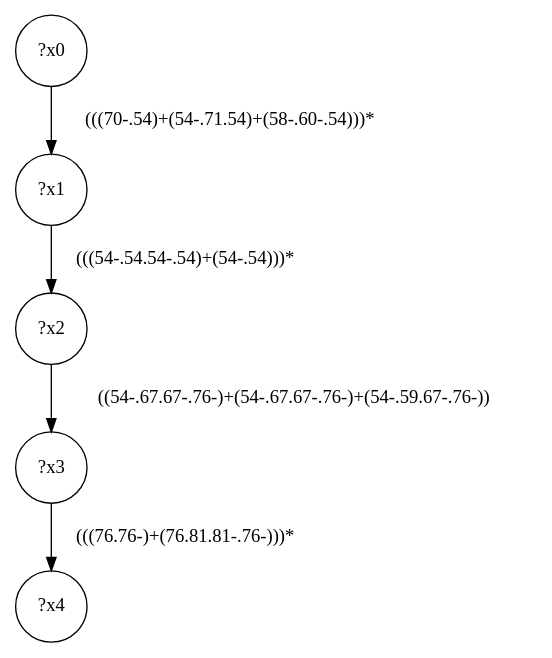
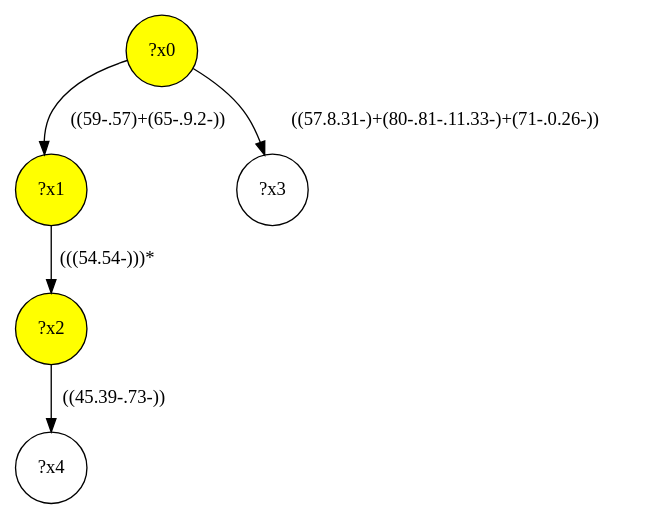
Before and after one commit to gbagan/gmark: the diagram in demo/shop/shop-interface/query-17.dot, drawn with Graphviz. The commit also changed 1418 other files, not shown here.

```diff
--- a/demo/shop/shop-interface/query-17.dot
+++ b/demo/shop/shop-interface/query-17.dot
@@ -1,11 +1,11 @@
 digraph g {
-	x0 [shape=circle, label="?x0"];
-	x1 [shape=circle, label="?x1"];
-	x0 -> x1 [label="(((70-.54)+(54-.71.54)+(58-.60-.54)))*"];
-	x2 [shape=circle, label="?x2"];
-	x1 -> x2 [label="(((54-.54.54-.54)+(54-.54)))*"];
+	x1 [fillcolor="yellow", style="filled," shape=circle, label="?x1"];
+	x0 [fillcolor="yellow", style="filled," shape=circle, label="?x0"];
+	x2 [fillcolor="yellow", style="filled," shape=circle, label="?x2"];
+	x0 -> x1 [label="((59-.57)+(65-.9.2-))"];
+	x1 -> x2 [label="(((54.54-)))*"];
 	x3 [shape=circle, label="?x3"];
-	x2 -> x3 [label="((54-.67.67-.76-)+(54-.67.67-.76-)+(54-.59.67-.76-))"];
+	x0 -> x3 [label="((57.8.31-)+(80-.81-.11.33-)+(71-.0.26-))"];
 	x4 [shape=circle, label="?x4"];
-	x3 -> x4 [label="(((76.76-)+(76.81.81-.76-)))*"];
+	x2 -> x4 [label="((45.39-.73-))"];
 }
```
